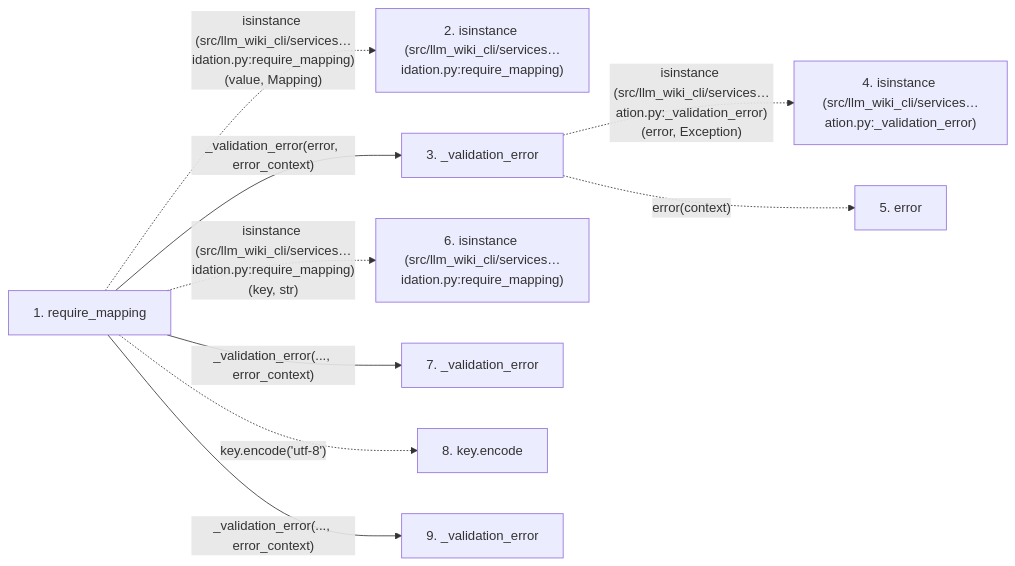
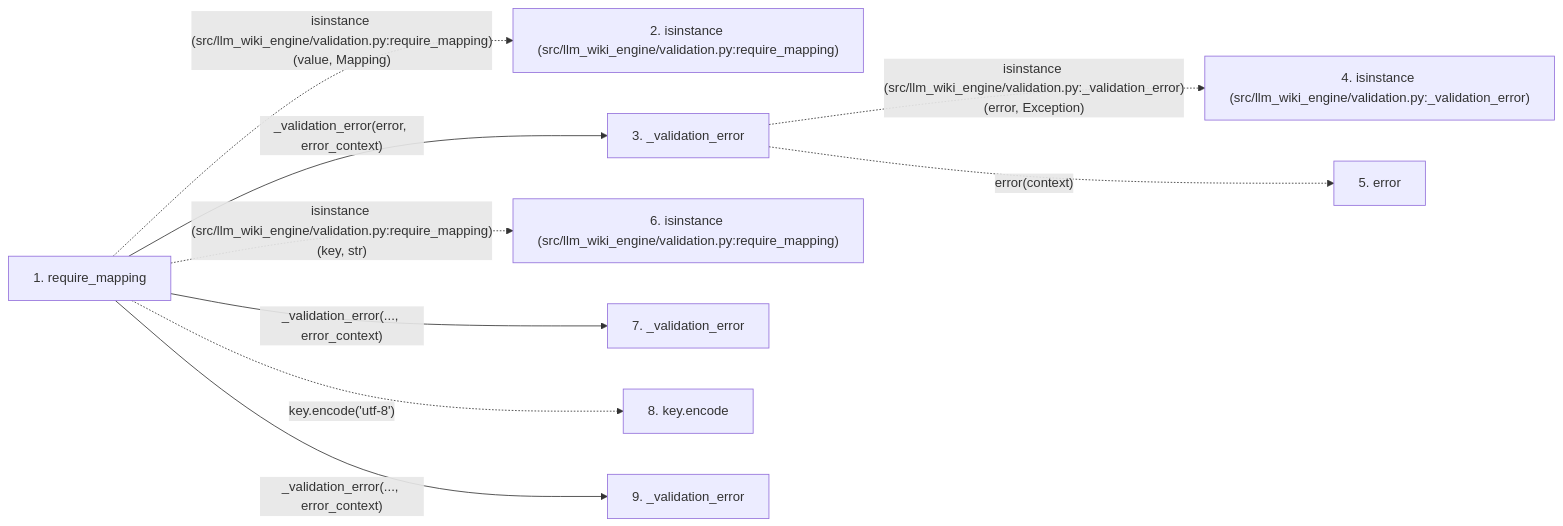
The second of 2 diagrams in docs/llm_wiki/flows/api-require_mapping.md (Denissvgn/python-wiki-llm), drawn with Mermaid before and after one commit. The commit also changed other lines of this file and 1103 other files, not shown here.

First line of the commit message:
docs: refresh the wiki for the llm-wiki-engine distribution

````diff
--- a/docs/llm_wiki/flows/api-require_mapping.md
+++ b/docs/llm_wiki/flows/api-require_mapping.md
@@ -47,24 +47,24 @@
 ```mermaid
 flowchart LR
     s1["1. require_mapping"]
-    s2["2. isinstance (src/llm_wiki_cli/services…idation.py:require_mapping)"]
+    s2["2. isinstance (src/llm_wiki_engine/validation.py:require_mapping)"]
     s3["3. _validation_error"]
-    s4["4. isinstance (src/llm_wiki_cli/services…ation.py:_validation_error)"]
+    s4["4. isinstance (src/llm_wiki_engine/validation.py:_validation_error)"]
     s5["5. error"]
-    s6["6. isinstance (src/llm_wiki_cli/services…idation.py:require_mapping)"]
+    s6["6. isinstance (src/llm_wiki_engine/validation.py:require_mapping)"]
     s7["7. _validation_error"]
     s8["8. key.encode"]
     s9["9. _validation_error"]
-    s1 -. "isinstance (src/llm_wiki_cli/services…idation.py:require_mapping)(value, Mapping)" .-> s2
+    s1 -. "isinstance (src/llm_wiki_engine/validation.py:require_mapping)(value, Mapping)" .-> s2
     s1 -->|"_validation_error(error, error_context)"| s3
-    s3 -. "isinstance (src/llm_wiki_cli/services…ation.py:_validation_error)(error, Exception)" .-> s4
+    s3 -. "isinstance (src/llm_wiki_engine/validation.py:_validation_error)(error, Exception)" .-> s4
     s3 -. "error(context)" .-> s5
-    s1 -. "isinstance (src/llm_wiki_cli/services…idation.py:require_mapping)(key, str)" .-> s6
+    s1 -. "isinstance (src/llm_wiki_engine/validation.py:require_mapping)(key, str)" .-> s6
     s1 -->|"_validation_error(..., error_context)"| s7
     s1 -. "key.encode('utf-8')" .-> s8
     s1 -->|"_validation_error(..., error_context)"| s9
     click s1 "../modules/validation.md"
     click s3 "../modules/validation.md"
     click s7 "../modules/validation.md"
     click s9 "../modules/validation.md"
 ```
````
